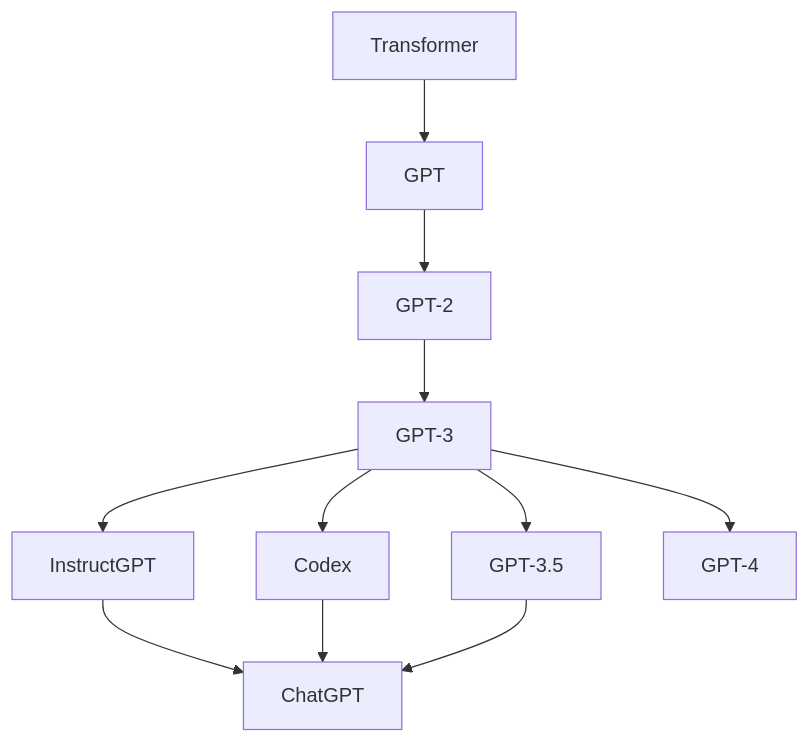
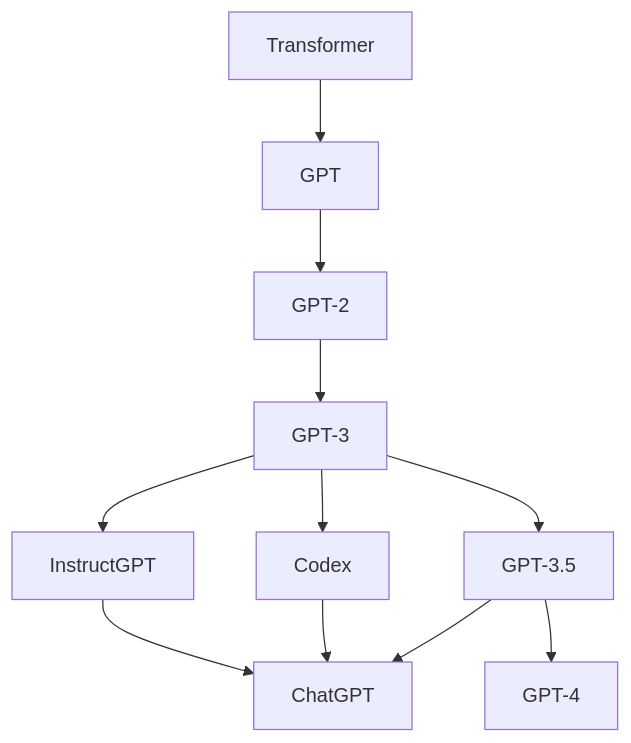
The fourth of 17 diagrams in doc/llm.md (ted-sharp/chatvox), drawn with Mermaid before and after one commit. The commit also changed other lines of this file, not shown here.

````diff
--- a/doc/llm.md
+++ b/doc/llm.md
@@ -161,9 +161,9 @@
 ```mermaid
 flowchart
 
 Transformer --> GPT --> GPT-2 --> GPT-3
 GPT-3 --> InstructGPT --> ChatGPT
 GPT-3 --> Codex --> ChatGPT
 GPT-3 --> GPT-3.5 --> ChatGPT
-GPT-3 --> GPT-4
+GPT-3.5 --> GPT-4
 ```
````
